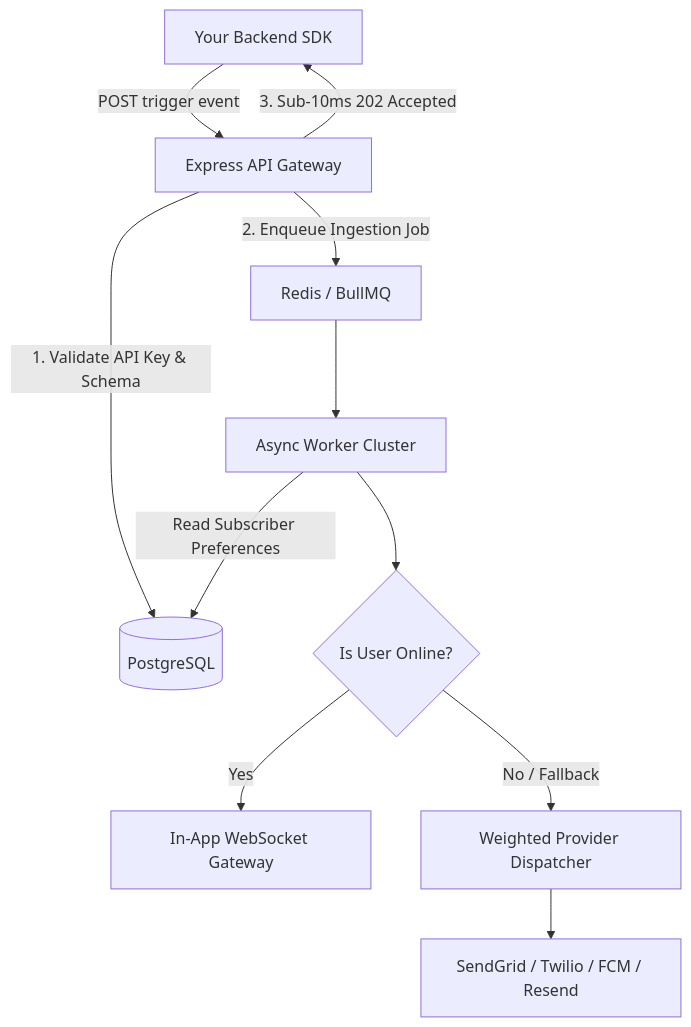
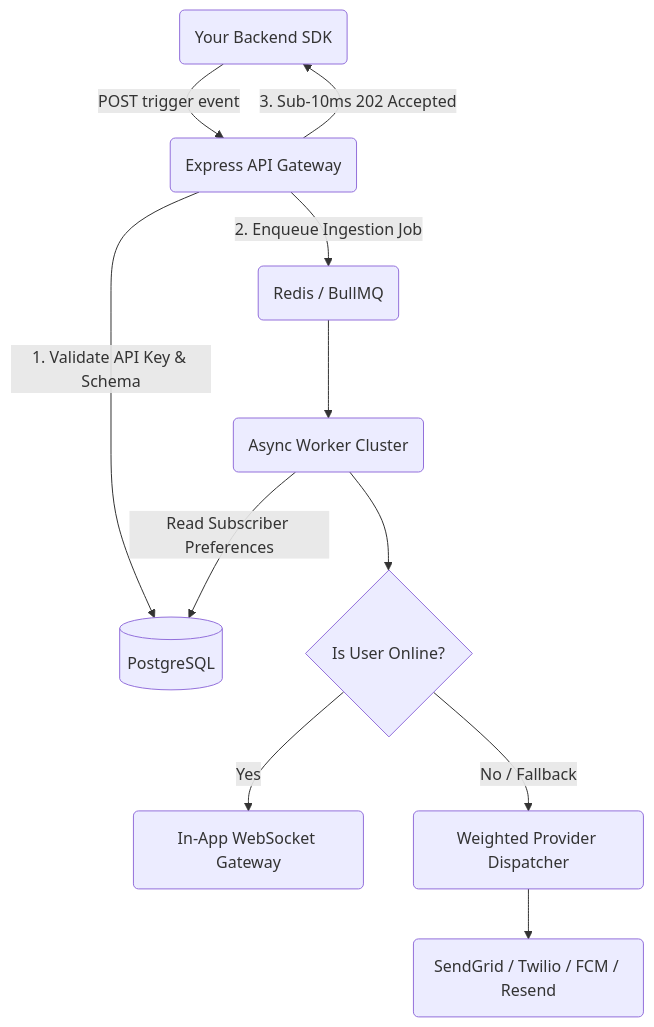
One commit to KriyanshKhunt/nexus_docs changed the diagram in content/docs/en/platform/index.mdx. Above: the diagram before and after it, drawn with Mermaid. The commit also changed 25 other files, not shown here.

Commit message:
Handle en Mermaid charts

````diff
--- a/content/docs/en/platform/index.mdx
+++ b/content/docs/en/platform/index.mdx
@@ -87,13 +87,13 @@
 ```mermaid
 flowchart TD
-    App[Your Backend SDK] -->|POST trigger event| API[Express API Gateway]
+    App(Your Backend SDK) -->|POST trigger event| API(Express API Gateway)
     API -->|1. Validate API Key & Schema| DB[(PostgreSQL)]
-    API -->|2. Enqueue Ingestion Job| Q[Redis / BullMQ]
+    API -->|2. Enqueue Ingestion Job| Q(Redis / BullMQ)
     API -->|3. Sub-10ms 202 Accepted| App
-    Q --> Worker[Async Worker Cluster]
+    Q --> Worker(Async Worker Cluster)
     Worker -->|Read Subscriber Preferences| DB
     Worker --> Presence{Is User Online?}
-    Presence -->|Yes| InApp[In-App WebSocket Gateway]
-    Presence -->|No / Fallback| Carriers[Weighted Provider Dispatcher]
-    Carriers --> CarrierAPIs[SendGrid / Twilio / FCM / Resend]
+    Presence -->|Yes| InApp(In-App WebSocket Gateway)
+    Presence -->|No / Fallback| Carriers(Weighted Provider Dispatcher)
+    Carriers --> CarrierAPIs(SendGrid / Twilio / FCM / Resend)
 ```
````
